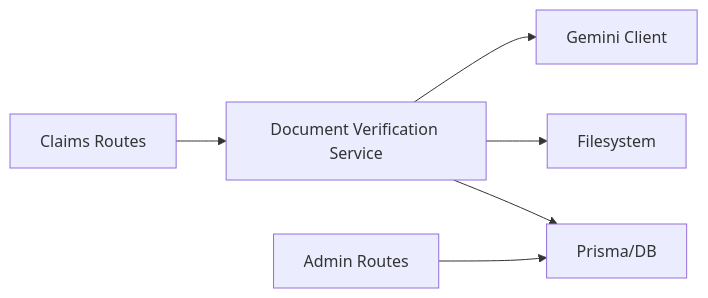
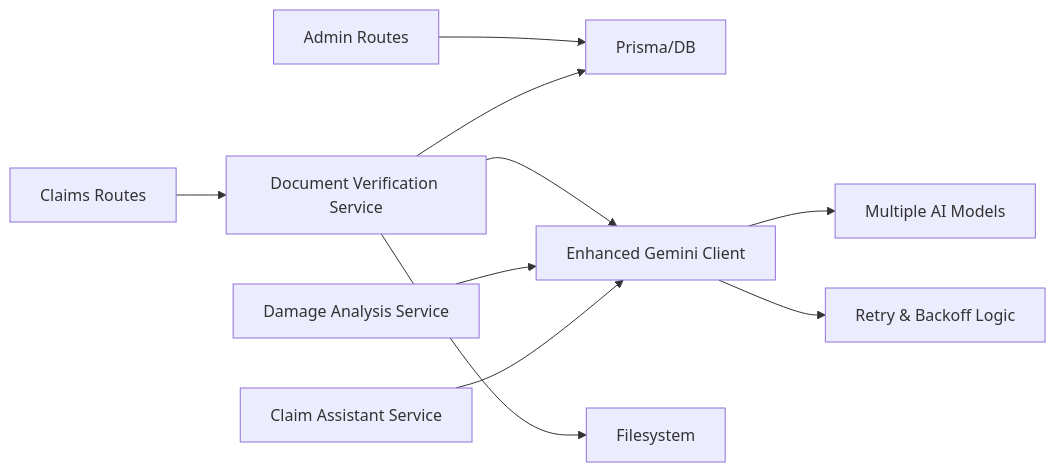
Before and after one commit to NaveenHiranya/Smart-Vehicle-Insurance-Claim-System: the fifth of 5 diagrams in .qoder/repowiki/en/content/AI Services Integration/Document Verification Service.md, drawn with Mermaid. The commit also changed other lines of this file and 41 other files, not shown here.

````diff
--- a/.qoder/repowiki/en/content/AI Services Integration/Document Verification Service.md
+++ b/.qoder/repowiki/en/content/AI Services Integration/Document Verification Service.md
@@ -317,8 +393,12 @@
 ```mermaid
 graph LR
 Claims["Claims Routes"] --> DocSvc["Document Verification Service"]
 Admin["Admin Routes"] --> DB["Prisma/DB"]
-DocSvc --> Gemini["Gemini Client"]
+DocSvc --> Fallback["Enhanced Gemini Client"]
+DamageSvc["Damage Analysis Service"] --> Fallback
+ChatSvc["Claim Assistant Service"] --> Fallback
+Fallback --> Models["Multiple AI Models"]
+Fallback --> Retry["Retry & Backoff Logic"]
 DocSvc --> FS["Filesystem"]
 DocSvc --> DB
 ```
````
